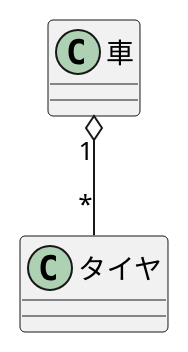
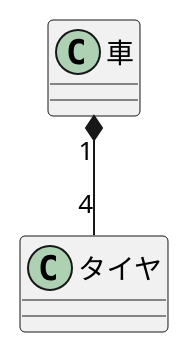
The diagram in 演習3-4_クラス図.pu (nakamachiJP/uml-introduction), drawn with PlantUML before and after one commit. The commit also changed 1 other file, not shown here.

```diff
--- a/演習3-4_クラス図.pu
+++ b/演習3-4_クラス図.pu
@@ -1,9 +1,9 @@
 @startuml 演習３－４
 class 車{
 
 }
 class タイヤ{
     
 }
-車"1" o-- "*"タイヤ
+車"1" *-- "4"タイヤ
 @enduml
```
